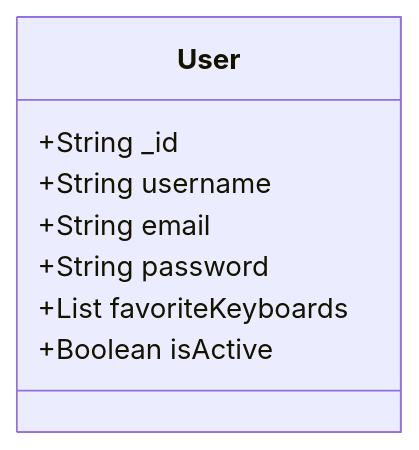
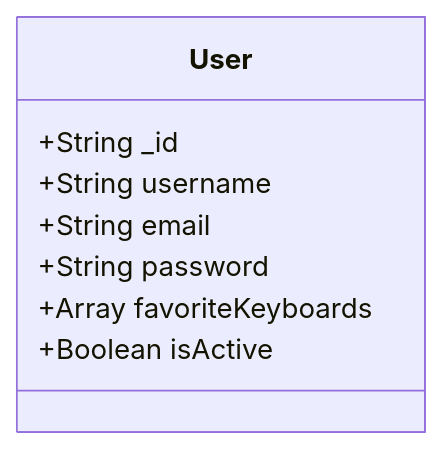
The diagram in docs/user.md (Vlastrix/keytastic_backend), drawn with Mermaid before and after one commit. The commit also changed 2 other files, not shown here.

Commit message:
fix keyboard schema

````diff
--- a/docs/user.md
+++ b/docs/user.md
@@ -2,11 +2,11 @@
 ```mermaid
 classDiagram
     class User {
         +String _id  
         +String username
         +String email
         +String password
-        +List<String> favoriteKeyboards
+        +Array<String> favoriteKeyboards
         +Boolean isActive
     }
 ```
````
